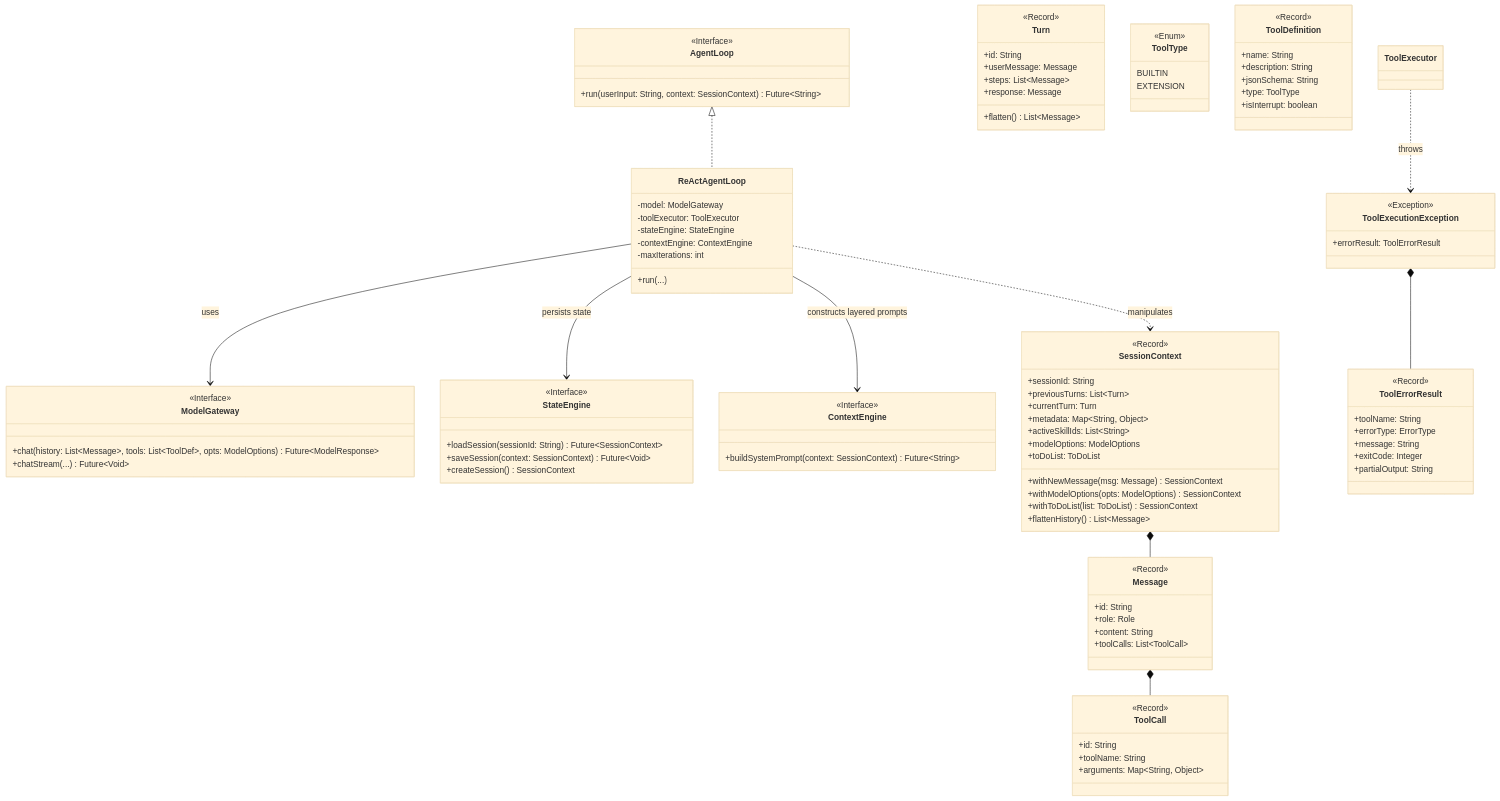
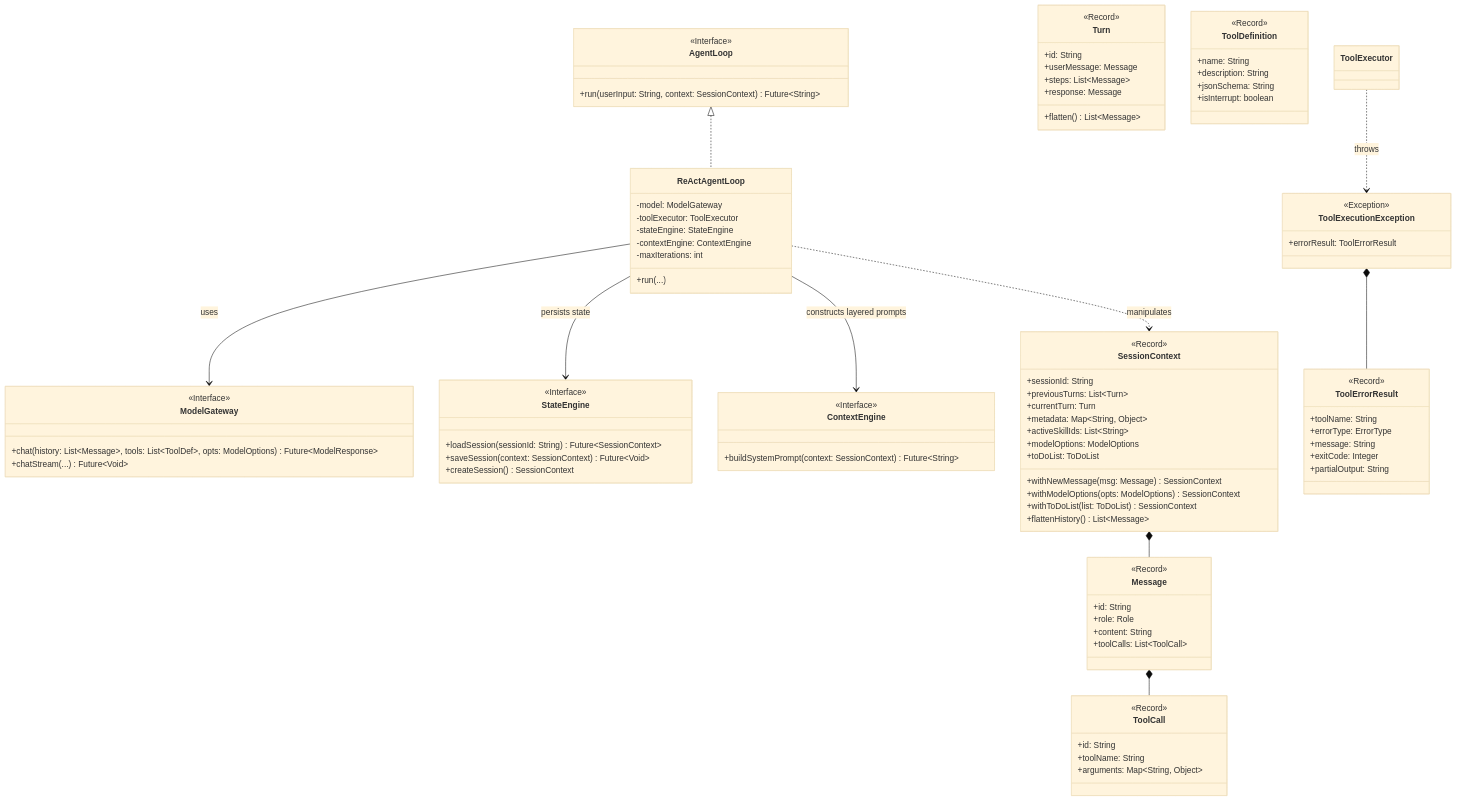
Before and after one commit to stream-iori/ganglia: the first of 3 diagrams in docs/CORE_KERNEL_DESIGN.md, drawn with Mermaid (base theme). The commit also changed 34 other files, not shown here.

First line of the commit message:
feat: implement Phase 14 (Config & Hot Reload), remove ToolType, and update docs

```diff
--- a/docs/CORE_KERNEL_DESIGN.md
+++ b/docs/CORE_KERNEL_DESIGN.md
@@ -85,18 +85,11 @@
         +arguments: Map~String, Object~
     }
 
-    class ToolType {
-        <<Enum>>
-        BUILTIN
-        EXTENSION
-    }
-
     class ToolDefinition {
         <<Record>>
         +name: String
         +description: String
         +jsonSchema: String
-        +type: ToolType
         +isInterrupt: boolean
     }
 
```
